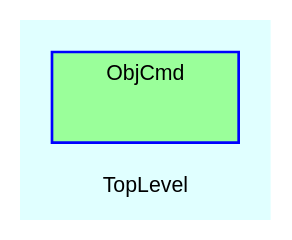
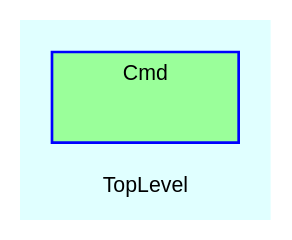
The diagram in doc/dot/m_48_0.dot (Tyche/teensymud), drawn with Graphviz before and after one commit. The commit also changed 233 other files, not shown here.

```diff
--- a/doc/dot/m_48_0.dot
+++ b/doc/dot/m_48_0.dot
@@ -1,29 +1,29 @@
 digraph TopLevel {
     compound = true
     bgcolor = lightcyan1
     fontname = Arial
     fontsize = 8
     label = "TopLevel"
     node [
         fontname = Arial,
         fontsize = 8,
         color = black
     ]
 
-    subgraph cluster_ObjCmd {
+    subgraph cluster_Cmd {
         fillcolor = palegreen1
-        URL = "classes/ObjCmd.html"
+        URL = "classes/Cmd.html"
         fontname = Arial
         color = blue
-        label = "ObjCmd"
+        label = "Cmd"
         style = filled
-        ObjCmd [
+        Cmd [
             shape = plaintext,
             height = 0.01,
             width = 0.75,
             label = ""
         ]
 
     }
 
 }
```
